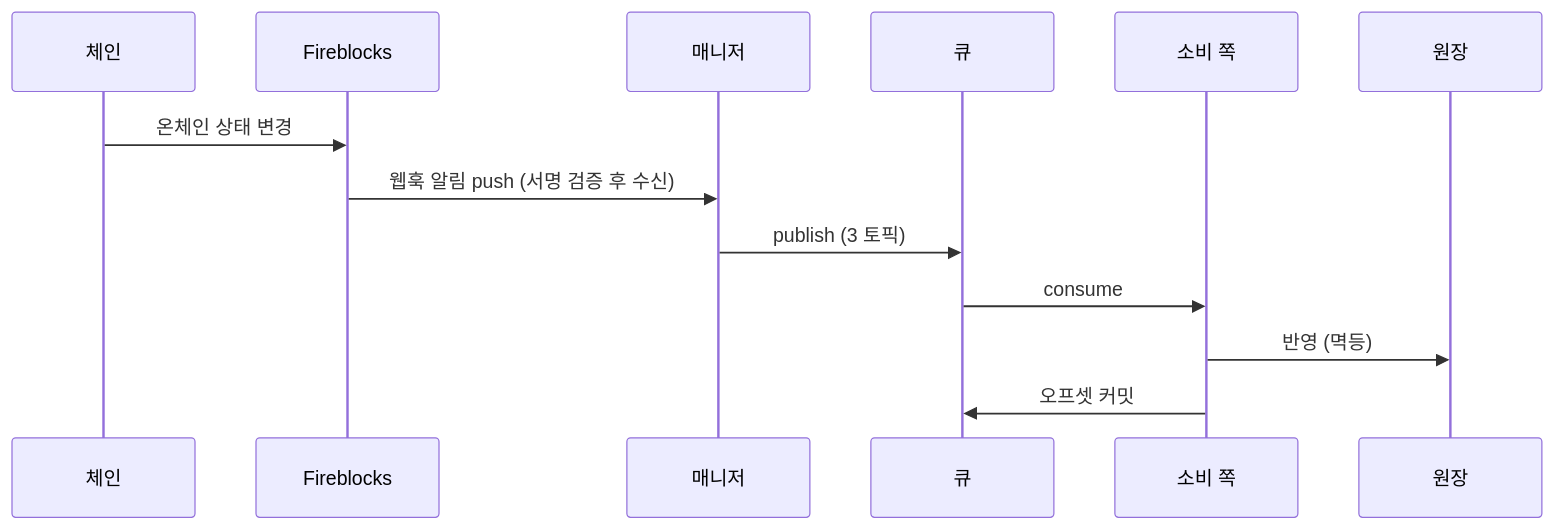
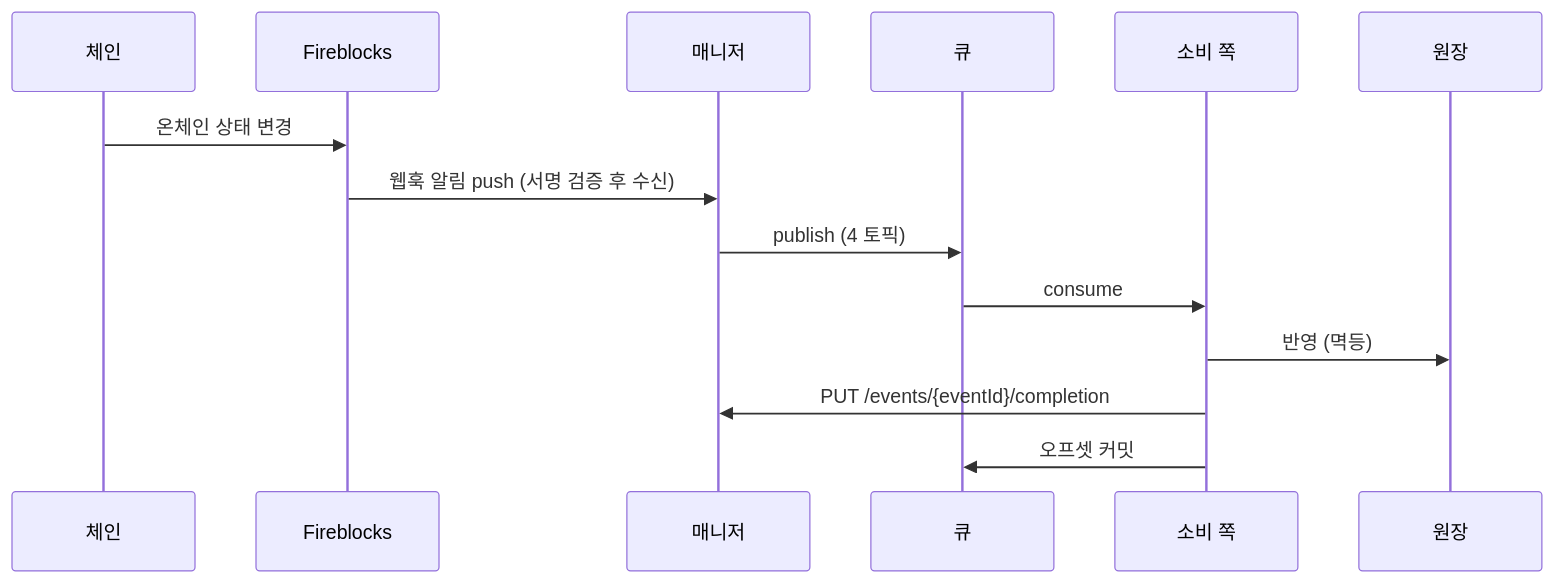
Before and after one commit to eunsujeo/fireblocks-test: the diagram in docs/api/api.md, drawn with Mermaid. The commit also changed other lines of this file and 108 other files, not shown here.

````diff
--- a/docs/api/api.md
+++ b/docs/api/api.md
@@ -136,9 +138,10 @@
 ```mermaid
 sequenceDiagram
     체인->>Fireblocks: 온체인 상태 변경
     Fireblocks->>매니저: 웹훅 알림 push (서명 검증 후 수신)
-    매니저->>큐: publish (3 토픽)
+    매니저->>큐: publish (4 토픽)
     큐->>소비 쪽: consume
     소비 쪽->>원장: 반영 (멱등)
+    소비 쪽->>매니저: PUT /events/{eventId}/completion
     소비 쪽->>큐: 오프셋 커밋
 ```
````
